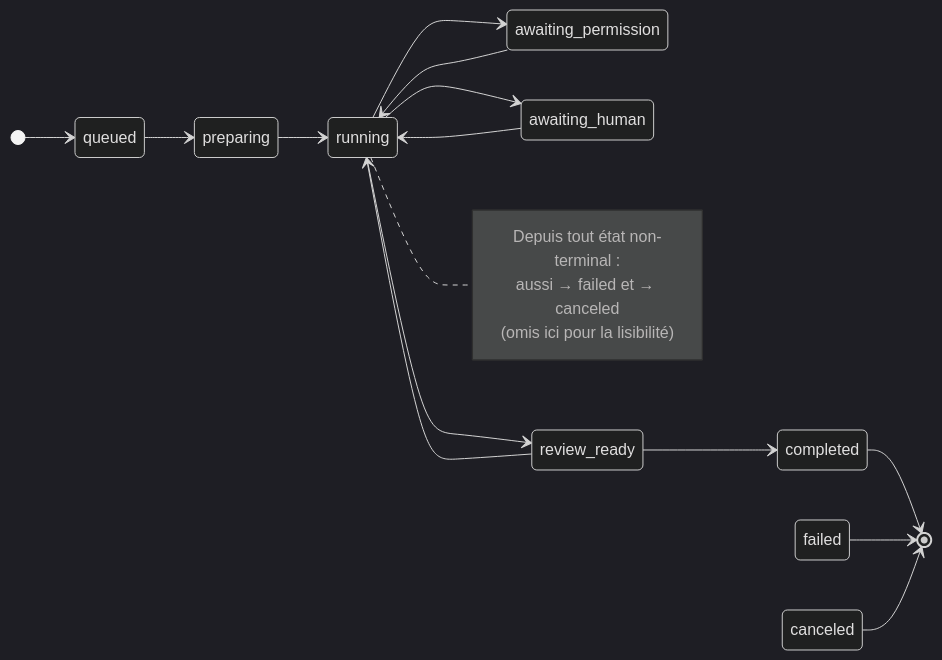
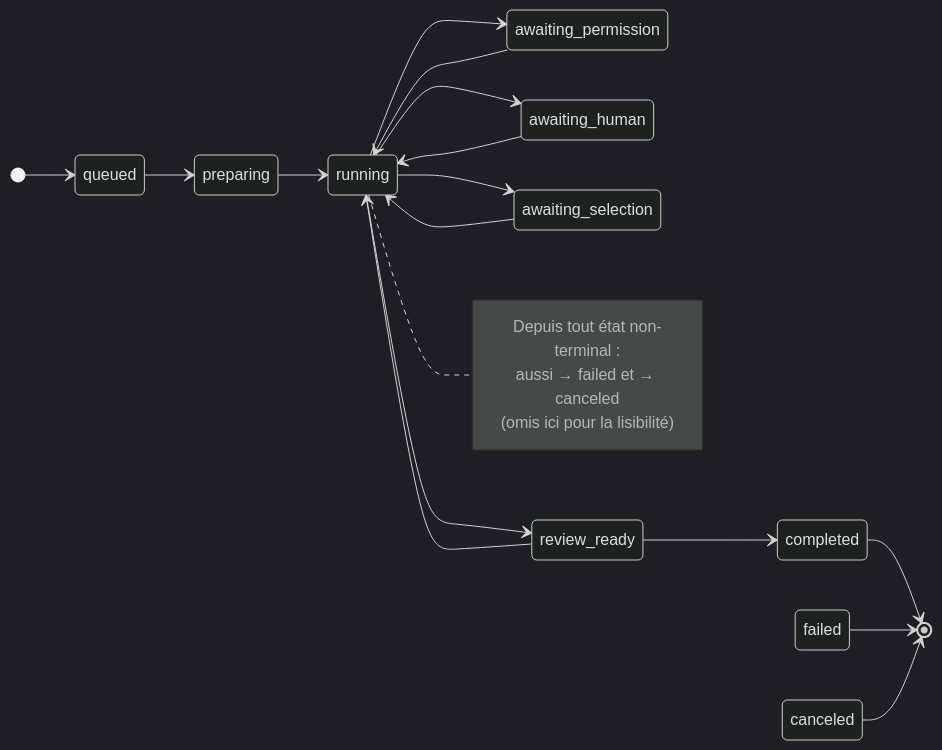
Before and after one commit to alimtunc/otomat: the third of 3 diagrams in docs/ai/run-lifecycle.md, drawn with Mermaid (dark theme). The commit also changed other lines of this file and 122 other files, not shown here.

````diff
--- a/docs/ai/run-lifecycle.md
+++ b/docs/ai/run-lifecycle.md
@@ -72,22 +72,24 @@
 ```mermaid
 stateDiagram-v2
     direction LR
     [*] --> queued
     queued --> preparing
     preparing --> running
     running --> awaiting_permission
     running --> awaiting_human
+    running --> awaiting_selection
     running --> review_ready
     awaiting_permission --> running
     awaiting_human --> running
+    awaiting_selection --> running
     review_ready --> running
     review_ready --> completed
     completed --> [*]
     failed --> [*]
     canceled --> [*]
     note right of running
       Depuis tout état non-terminal :
       aussi → failed et → canceled
       (omis ici pour la lisibilité)
     end note
 ```
````
